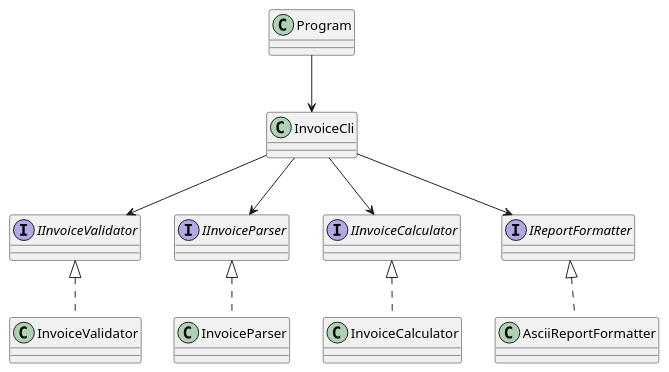
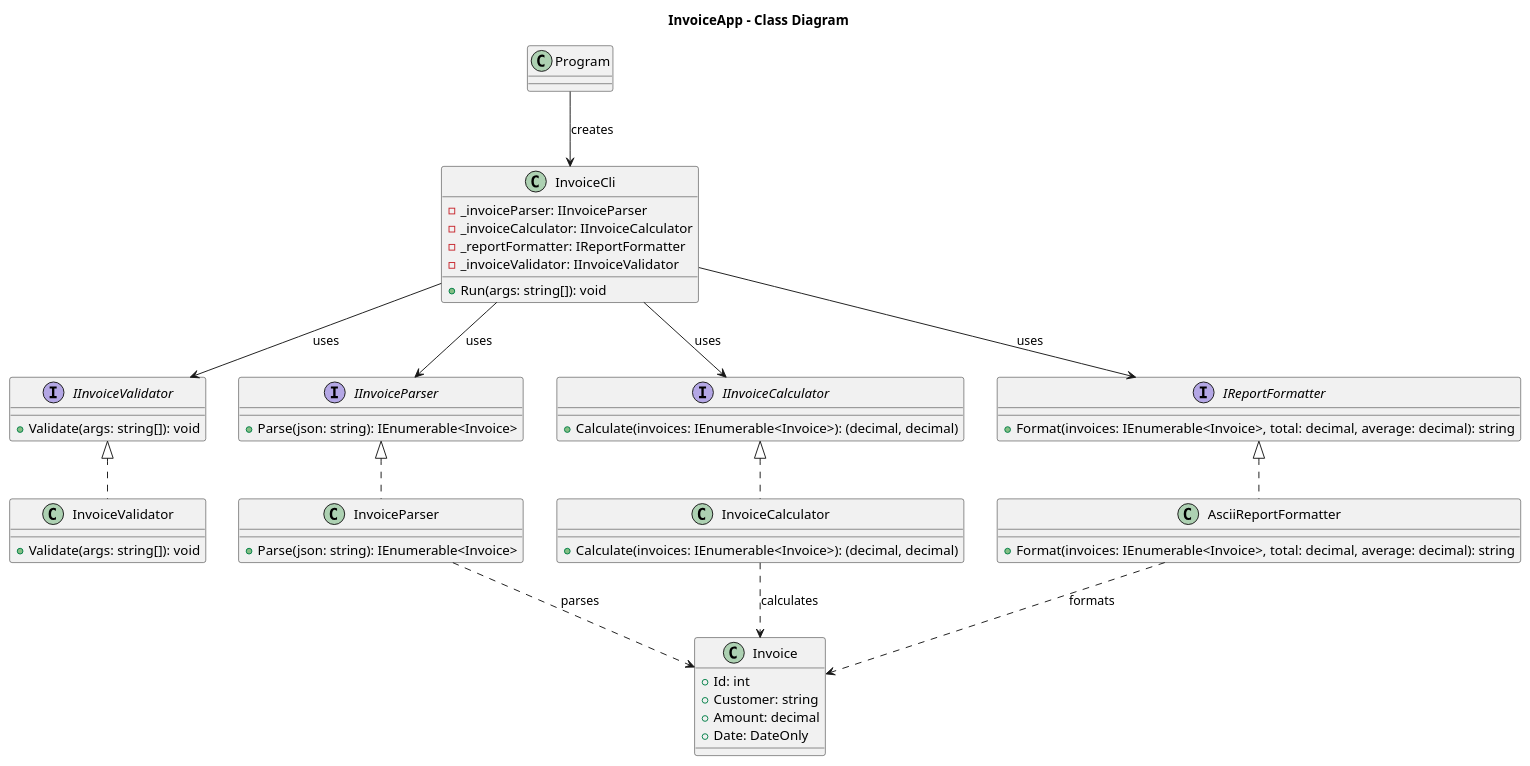
One commit to drccastillo/csharp-course changed the diagram in SingleResponsibility/uml/invoice-app-class-diagram.puml. Above: the diagram before and after it, drawn with PlantUML. The commit also changed 12 other files, not shown here.

```diff
--- a/SingleResponsibility/uml/invoice-app-class-diagram.puml
+++ b/SingleResponsibility/uml/invoice-app-class-diagram.puml
@@ -1,22 +1,67 @@
 @startuml
-interface IInvoiceValidator
-interface IInvoiceParser
-interface IInvoiceCalculator
-interface IReportFormatter
-class InvoiceValidator
-class InvoiceParser
-class InvoiceCalculator
-class AsciiReportFormatter
-class InvoiceCli
+title InvoiceApp - Class Diagram
+
+' Interfaces with methods
+interface IInvoiceValidator {
+    +Validate(args: string[]): void
+}
+interface IInvoiceParser {
+    +Parse(json: string): IEnumerable<Invoice>
+}
+interface IInvoiceCalculator {
+    +Calculate(invoices: IEnumerable<Invoice>): (decimal, decimal)
+}
+interface IReportFormatter {
+    +Format(invoices: IEnumerable<Invoice>, total: decimal, average: decimal): string
+}
+
+' Model
+class Invoice {
+    +Id: int
+    +Customer: string
+    +Amount: decimal
+    +Date: DateOnly
+}
+
+' Services
+class InvoiceValidator {
+    +Validate(args: string[]): void
+}
+class InvoiceParser {
+    +Parse(json: string): IEnumerable<Invoice>
+}
+class InvoiceCalculator {
+    +Calculate(invoices: IEnumerable<Invoice>): (decimal, decimal)
+}
+class AsciiReportFormatter {
+    +Format(invoices: IEnumerable<Invoice>, total: decimal, average: decimal): string
+}
+
+' CLI and Program
+class InvoiceCli {
+    +Run(args: string[]): void
+    -_invoiceParser: IInvoiceParser
+    -_invoiceCalculator: IInvoiceCalculator
+    -_reportFormatter: IReportFormatter
+    -_invoiceValidator: IInvoiceValidator
+}
 class Program
 
+' Relationships
 IInvoiceValidator <|.. InvoiceValidator
 IInvoiceParser <|.. InvoiceParser
 IInvoiceCalculator <|.. InvoiceCalculator
 IReportFormatter <|.. AsciiReportFormatter
-InvoiceCli --> IInvoiceValidator
-InvoiceCli --> IInvoiceParser
-InvoiceCli --> IInvoiceCalculator
-InvoiceCli --> IReportFormatter
-Program --> InvoiceCli
+
+InvoiceCli --> IInvoiceValidator : uses
+InvoiceCli --> IInvoiceParser : uses
+InvoiceCli --> IInvoiceCalculator : uses
+InvoiceCli --> IReportFormatter : uses
+Program --> InvoiceCli : creates
+
+' Model usage
+InvoiceParser ..> Invoice : parses
+InvoiceCalculator ..> Invoice : calculates
+AsciiReportFormatter ..> Invoice : formats
+
 @enduml
```
